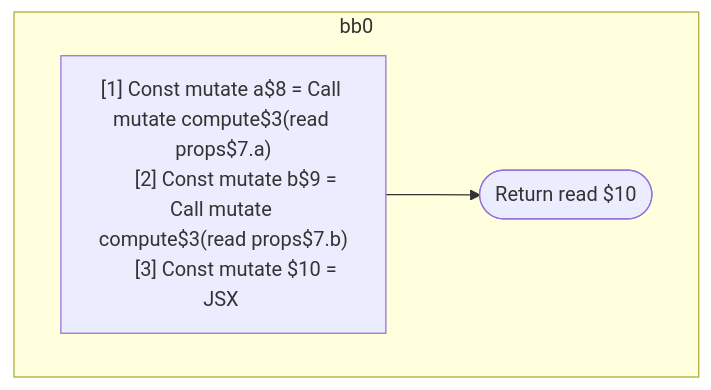
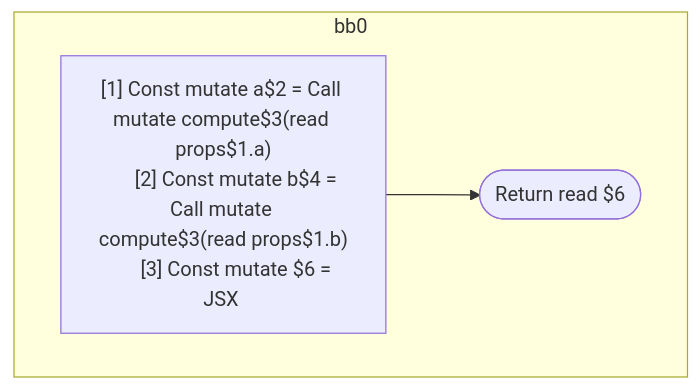
One commit to wutsmog/private changed the first of 4 diagrams in compiler/forget/src/__tests__/fixtures/hir/independent.expect.md. Above: the diagram before and after it, drawn with Mermaid. The commit also changed other lines of this file and 57 other files, not shown here.

````diff
--- a/compiler/forget/src/__tests__/fixtures/hir/independent.expect.md
+++ b/compiler/forget/src/__tests__/fixtures/hir/independent.expect.md
@@ -39,15 +39,15 @@
 ```mermaid
 flowchart TB
   %% Basic Blocks
   subgraph bb0
     bb0_instrs["
-      [1] Const mutate a$8 = Call mutate compute$3(read props$7.a)
-      [2] Const mutate b$9 = Call mutate compute$3(read props$7.b)
-      [3] Const mutate $10 = JSX <read Foo$5 a={freeze a$8} b={freeze b$9} ></read Foo$5>
+      [1] Const mutate a$2 = Call mutate compute$3(read props$1.a)
+      [2] Const mutate b$4 = Call mutate compute$3(read props$1.b)
+      [3] Const mutate $6 = JSX <read Foo$5 a={freeze a$2} b={freeze b$4} ></read Foo$5>
     "]
-    bb0_instrs --> bb0_terminal(["Return read $10"])
+    bb0_instrs --> bb0_terminal(["Return read $6"])
   end
 
   %% Jumps
   %% empty
 ```
````
